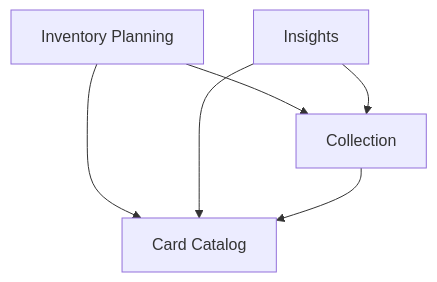
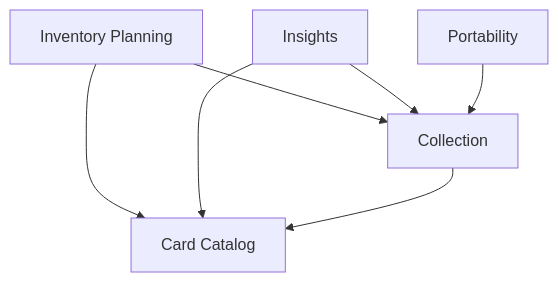
One commit to NicoVIII/tcg-card-collector changed the diagram in docs/dev/architecture.md. Above: the diagram before and after it, drawn with Mermaid. The commit also changed other lines of this file and 12 other files, not shown here.

````diff
--- a/docs/dev/architecture.md
+++ b/docs/dev/architecture.md
@@ -29,8 +29,9 @@
 ```mermaid
 graph TD
     InventoryPlanning[Inventory Planning] --> CardCatalog[Card Catalog]
     InventoryPlanning --> Collection
     Insights --> CardCatalog
     Insights --> Collection
     Collection --> CardCatalog
+    Portability --> Collection
 ```
````
